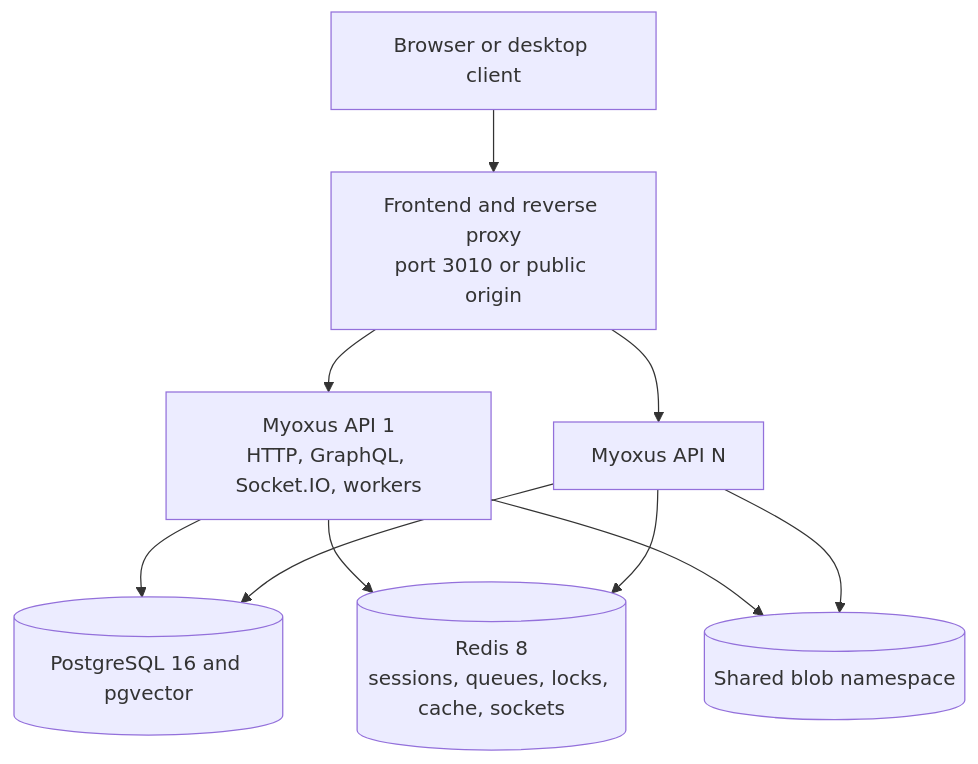
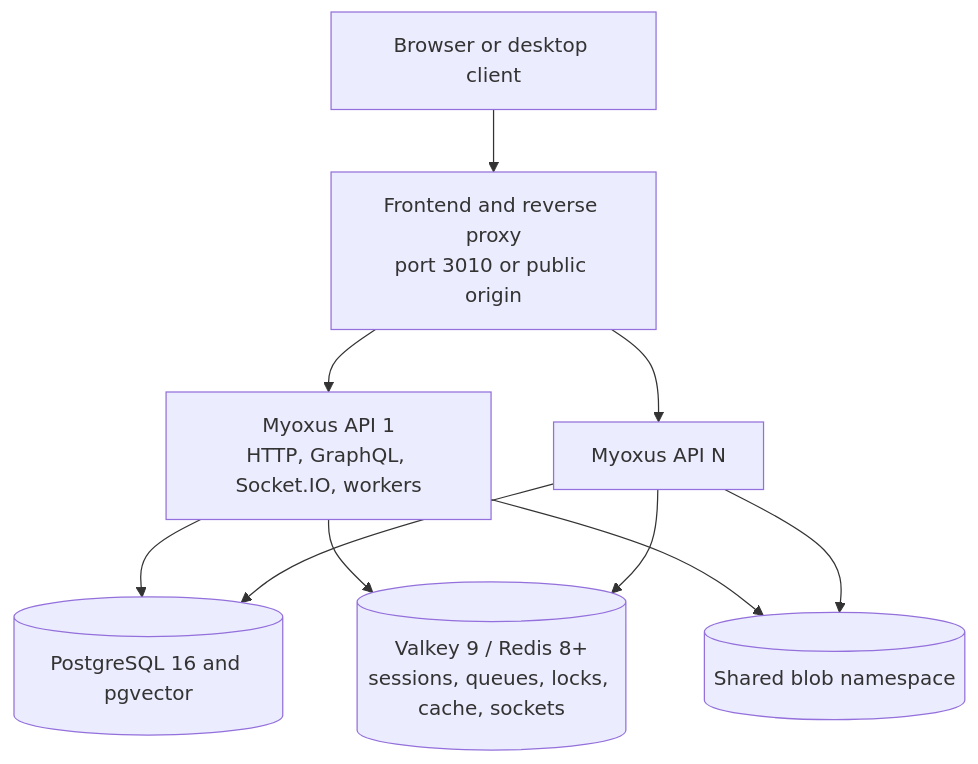
One commit to superions/myoxus changed the diagram in docs/ops/deployment/runtime-overview.md. Above: the diagram before and after it, drawn with Mermaid. The commit also changed other lines of this file and 572 other files, not shown here.

````diff
--- a/docs/ops/deployment/runtime-overview.md
+++ b/docs/ops/deployment/runtime-overview.md
@@ -17,12 +17,12 @@
 ```mermaid
 flowchart TB
   Client[Browser or desktop client] --> Edge[Frontend and reverse proxy\nport 3010 or public origin]
   Edge --> API1[Myoxus API 1\nHTTP, GraphQL, Socket.IO, workers]
   Edge --> APIN[Myoxus API N]
   API1 --> PG[(PostgreSQL 16 and pgvector)]
   APIN --> PG
-  API1 --> Redis[(Redis 8\nsessions, queues, locks, cache, sockets)]
+  API1 --> Redis[(Valkey 9 / Redis 8+\nsessions, queues, locks, cache, sockets)]
   APIN --> Redis
   API1 --> Blob[(Shared blob namespace)]
   APIN --> Blob
 ```
````
